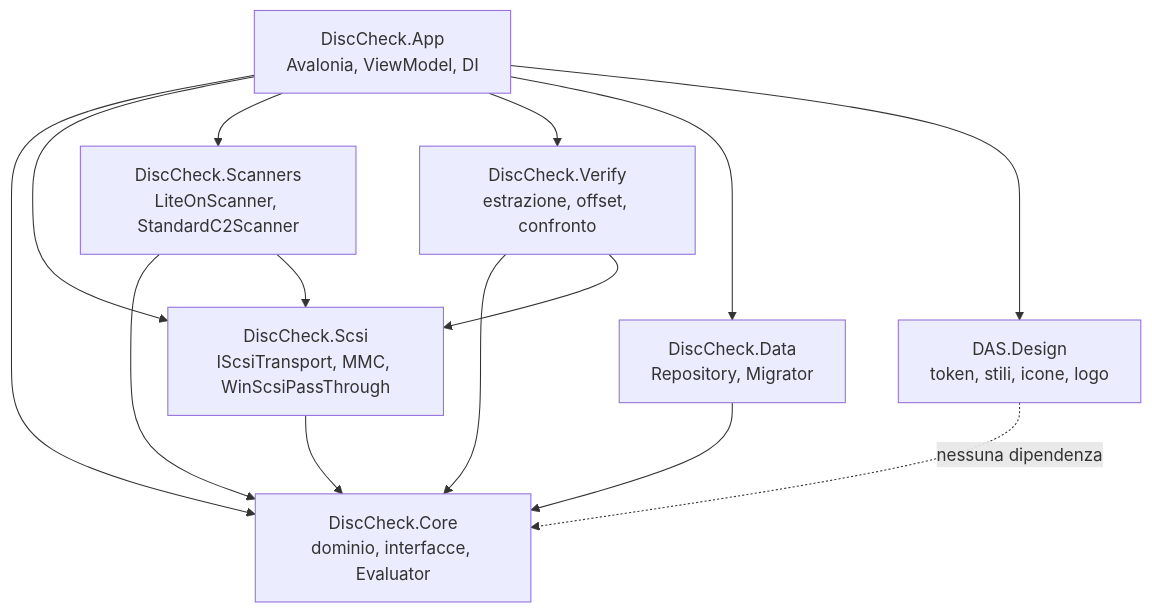
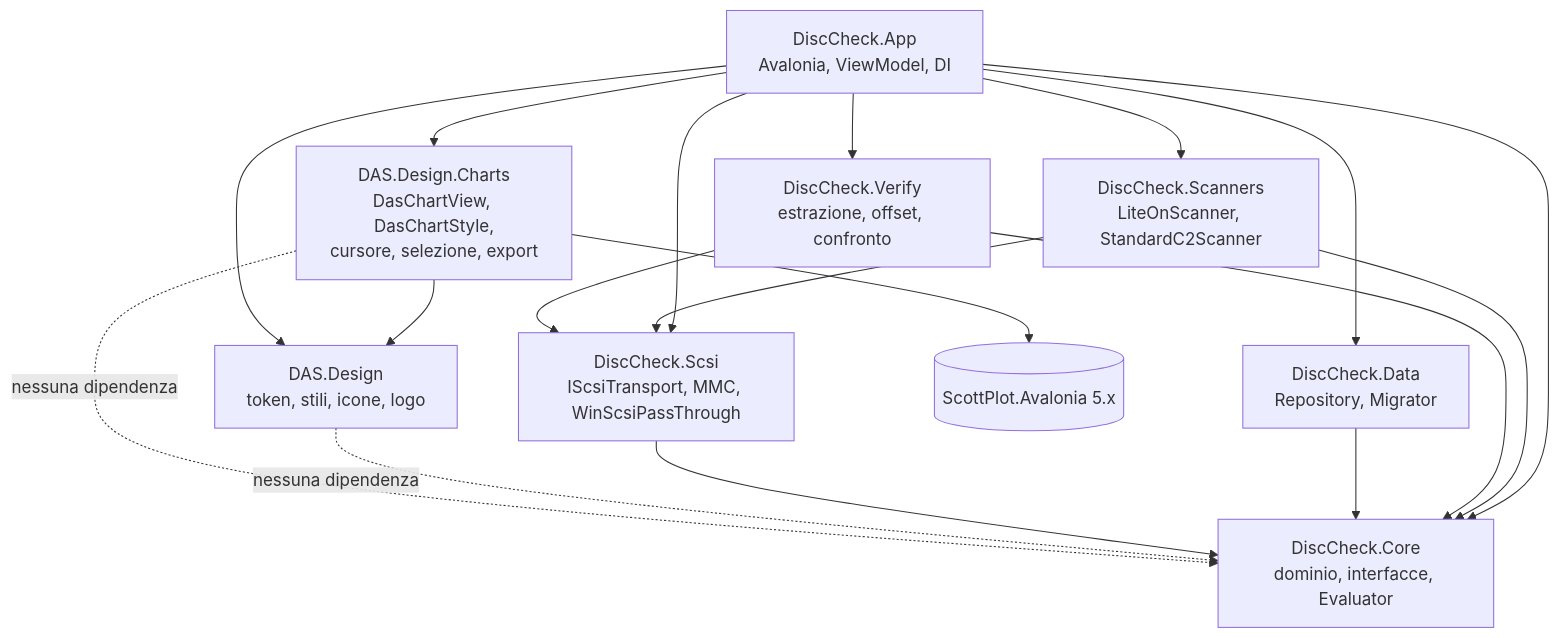
Before and after one commit to DarkArthur/DAS-AudioCD.das: the first of 6 diagrams in .kiro/specs/disccheck/design.md, drawn with Mermaid. The commit also changed other lines of this file and 2 other files, not shown here.

Commit message:
docs: add professional chart requirements, design and tasks (DAS.Design.Charts)

````diff
--- a/.kiro/specs/disccheck/design.md
+++ b/.kiro/specs/disccheck/design.md
@@ -38,24 +40,30 @@
 ```mermaid
 graph TD
     App[DiscCheck.App<br/>Avalonia, ViewModel, DI]
     Core[DiscCheck.Core<br/>dominio, interfacce, Evaluator]
     Scsi[DiscCheck.Scsi<br/>IScsiTransport, MMC, WinScsiPassThrough]
     Scan[DiscCheck.Scanners<br/>LiteOnScanner, StandardC2Scanner]
     Ver[DiscCheck.Verify<br/>estrazione, offset, confronto]
     Data[DiscCheck.Data<br/>Repository, Migrator]
     Das[DAS.Design<br/>token, stili, icone, logo]
+    Charts[DAS.Design.Charts<br/>DasChartView, DasChartStyle,<br/>cursore, selezione, export]
+    Plot[(ScottPlot.Avalonia 5.x)]
 
     App --> Core
+    App --> Charts
+    Charts --> Das
+    Charts --> Plot
     App --> Scsi
     App --> Scan
     App --> Ver
     App --> Data
     App --> Das
     Scan --> Core
     Scan --> Scsi
     Ver --> Core
     Ver --> Scsi
     Data --> Core
     Scsi --> Core
     Das -.nessuna dipendenza.-> Core
+    Charts -.nessuna dipendenza.-> Core
 ```
````
